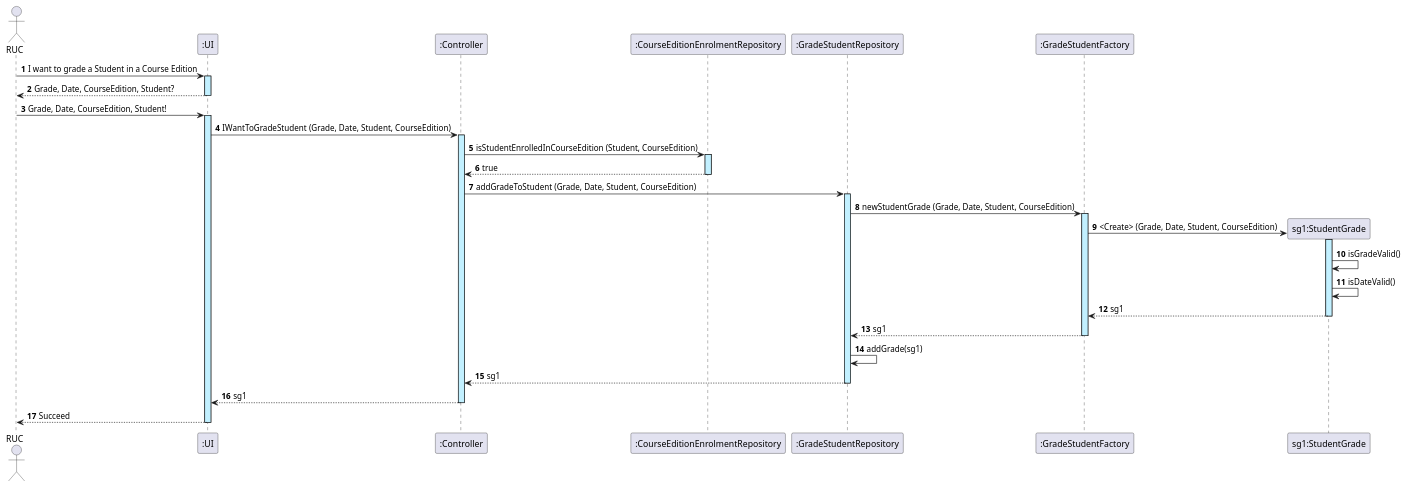
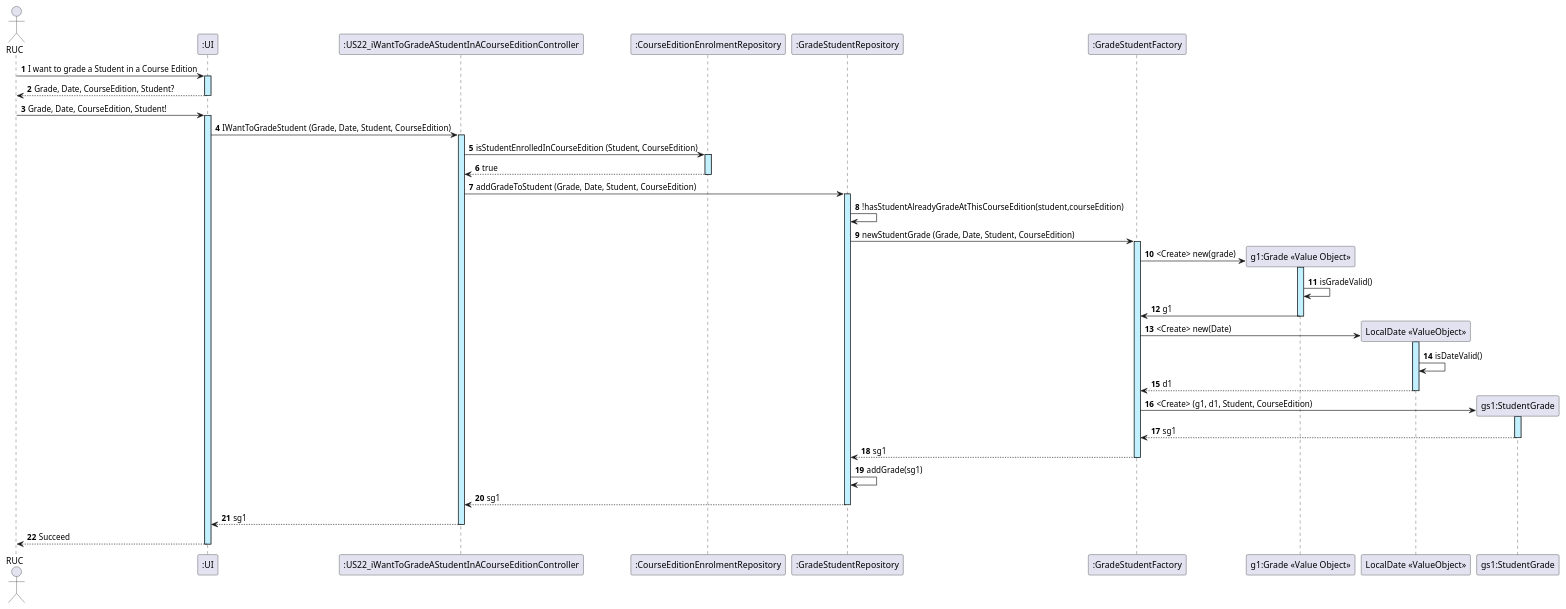
Before and after one commit to GasparISEP/DevOps-PAI: the diagram in docs/US22/US22_GradeAStudentInACourseEdition_SequenceDiagram.puml, drawn with PlantUML.

Commit message:
Ref #52 : 1st update on Us22 Seq Diagramme according to DDD

```diff
--- a/docs/US22/US22_GradeAStudentInACourseEdition_SequenceDiagram.puml
+++ b/docs/US22/US22_GradeAStudentInACourseEdition_SequenceDiagram.puml
@@ -1,37 +1,50 @@
 @startuml
 actor RUC
 participant ":UI" as UI
-participant ":Controller" as ctr
+participant ":US22_iWantToGradeAStudentInACourseEditionController" as ctr
 participant ":CourseEditionEnrolmentRepository" as CEER
 participant ":GradeStudentRepository" as GR
 participant ":GradeStudentFactory" as GSF
+participant "g1:Grade «Value Object»" as G
+participant "LocalDate «ValueObject»" as D
+participant "gs1:StudentGrade" as GS
 
 autonumber
 
 RUC -> UI ++ #application: I want to grade a Student in a Course Edition
 UI --> RUC --: Grade, Date, CourseEdition, Student?
 RUC -> UI ++ #application: Grade, Date, CourseEdition, Student!
 UI -> ctr ++ #application : IWantToGradeStudent (Grade, Date, Student, CourseEdition)
 ctr -> CEER ++ #application : isStudentEnrolledInCourseEdition (Student, CourseEdition)
 CEER --> ctr -- : true
 
 
 ctr -> GR ++ #application : addGradeToStudent (Grade, Date, Student, CourseEdition)
+GR -> GR : !hasStudentAlreadyGradeAtThisCourseEdition(student,courseEdition)
 GR -> GSF ++ #application : newStudentGrade (Grade, Date, Student, CourseEdition)
 
+create G
+GSF -> G ++ #application : <Create> new(grade)
+G -> G : isGradeValid()
+G -> GSF :  g1
+deactivate G
+
+create D
+GSF -> D ++ #application : <Create> new(Date)
+D -> D : isDateValid()
+D --> GSF : d1
+deactivate D
 
 
-create "sg1:StudentGrade" as GS
-GSF -> GS ++ #application : <Create> (Grade, Date, Student, CourseEdition)
-GS -> GS : isGradeValid()
-GS -> GS : isDateValid()
+create GS
+GSF -> GS ++ #application : <Create> (g1, d1, Student, CourseEdition)
 GS --> GSF -- : sg1
 GSF --> GR -- : sg1
 
 
 GR -> GR : addGrade(sg1)
 GR --> ctr --: sg1
 ctr --> UI --: sg1
 UI --> RUC --: Succeed
 
 @enduml
```
